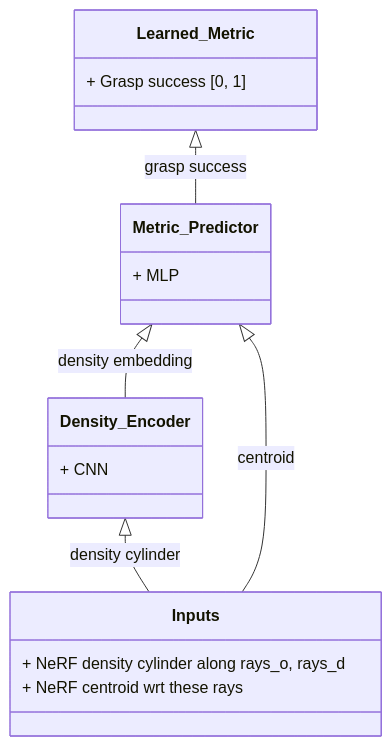
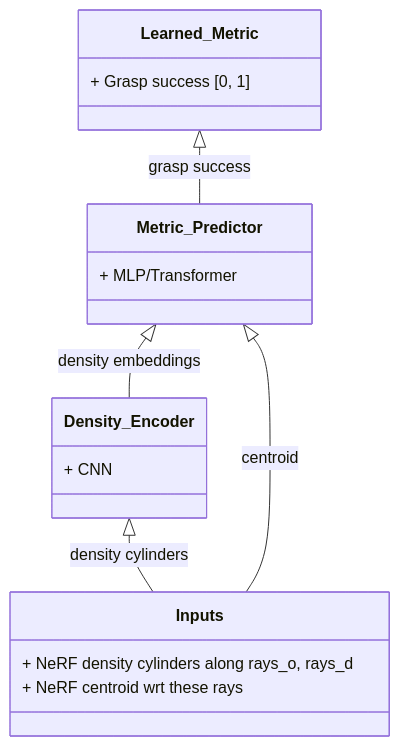
The fourth of 5 diagrams in README.md (tylerlum/nerf_grasping), drawn with Mermaid before and after one commit. The commit also changed other lines of this file, not shown here.

````diff
--- a/README.md
+++ b/README.md
@@ -69,22 +69,22 @@
 ```mermaid
 classDiagram
-    Density_Encoder <|-- Inputs: density cylinder
-    Metric_Predictor <|-- Density_Encoder: density embedding
+    Density_Encoder <|-- Inputs: density cylinders
+    Metric_Predictor <|-- Density_Encoder: density embeddings
     Metric_Predictor <|-- Inputs: centroid
 
     Learned_Metric <|-- Metric_Predictor: grasp success
 
     class Learned_Metric{
       + Grasp success [0, 1]
     }
     class Metric_Predictor{
-      + MLP
+      + MLP/Transformer
     }
     class Density_Encoder{
       + CNN
     }
     class Inputs{
-      + NeRF density cylinder along rays_o, rays_d
+      + NeRF density cylinders along rays_o, rays_d
       + NeRF centroid wrt these rays
     }
 ```
````
